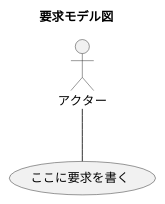
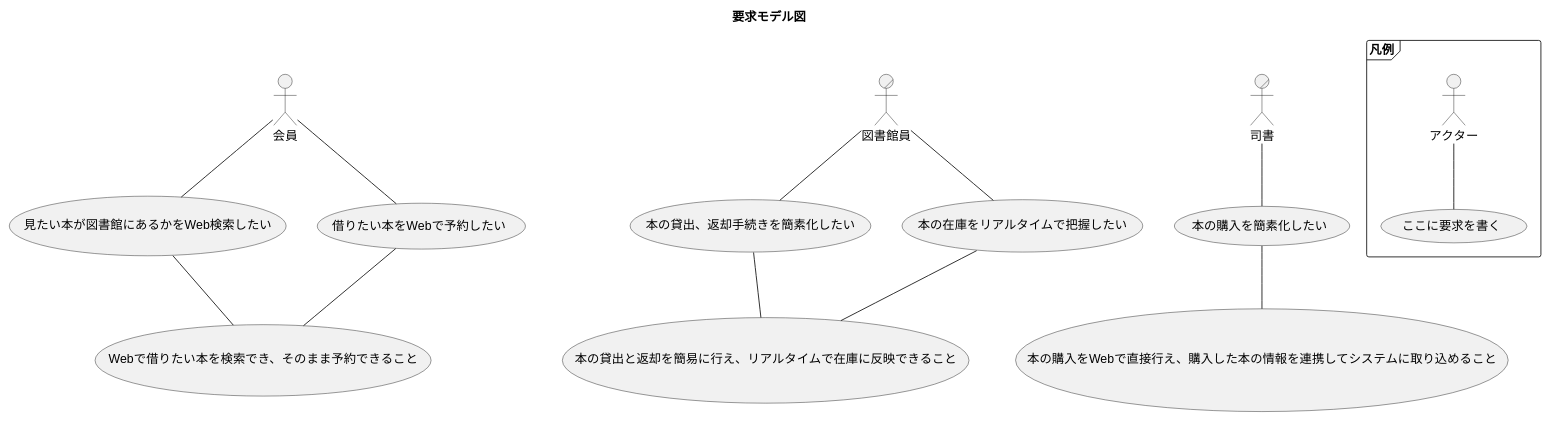
The diagram in 1_SystemValue/RequirementsModel.puml (yamakenji/RDRA_PlantUML_Template), drawn with PlantUML before and after one commit.

Commit message:
mod: 要求モデル更新 サンプルを追加

```diff
--- a/1_SystemValue/RequirementsModel.puml
+++ b/1_SystemValue/RequirementsModel.puml
@@ -1,16 +1,49 @@
 @startuml
 
 ' 要求モデル図
 
 title 要求モデル図
 
-' アクター
-actor "アクター" as Actor1
+frame "凡例" {
+  ' アクター
+  actor "アクター" as Actor1
 
-' 要求
-usecase "ここに要求を書く" as Requirement1
+  ' 要求
+  usecase "ここに要求を書く" as Requirement1
 
-' アクターと要求の関連
-Actor1  -- Requirement1
+  ' アクターと要求の関連
+  Actor1  -- Requirement1
+}
+
+
+actor "会員" as Member
+actor/ "図書館員" as Staff
+actor/ "司書" as Librarian
+
+usecase "見たい本が図書館にあるかをWeb検索したい" as Des01
+usecase "借りたい本をWebで予約したい" as Des02
+
+usecase "本の貸出、返却手続きを簡素化したい" as Des03
+usecase "本の在庫をリアルタイムで把握したい" as Des04
+
+usecase "本の購入を簡素化したい" as Des05
+
+usecase "Webで借りたい本を検索でき、そのまま予約できること" as Req01
+usecase "本の貸出と返却を簡易に行え、リアルタイムで在庫に反映できること" as Req02
+usecase "本の購入をWebで直接行え、購入した本の情報を連携してシステムに取り込めること" as Req03
+
+Member -- Des01
+Member -- Des02
+Des01 -- Req01
+Des02 -- Req01
+
+Staff -- Des03
+Staff -- Des04
+Des03 -- Req02
+Des04 -- Req02
+
+Librarian -- Des05
+Des05 -- Req03
+
 
 @enduml
```
